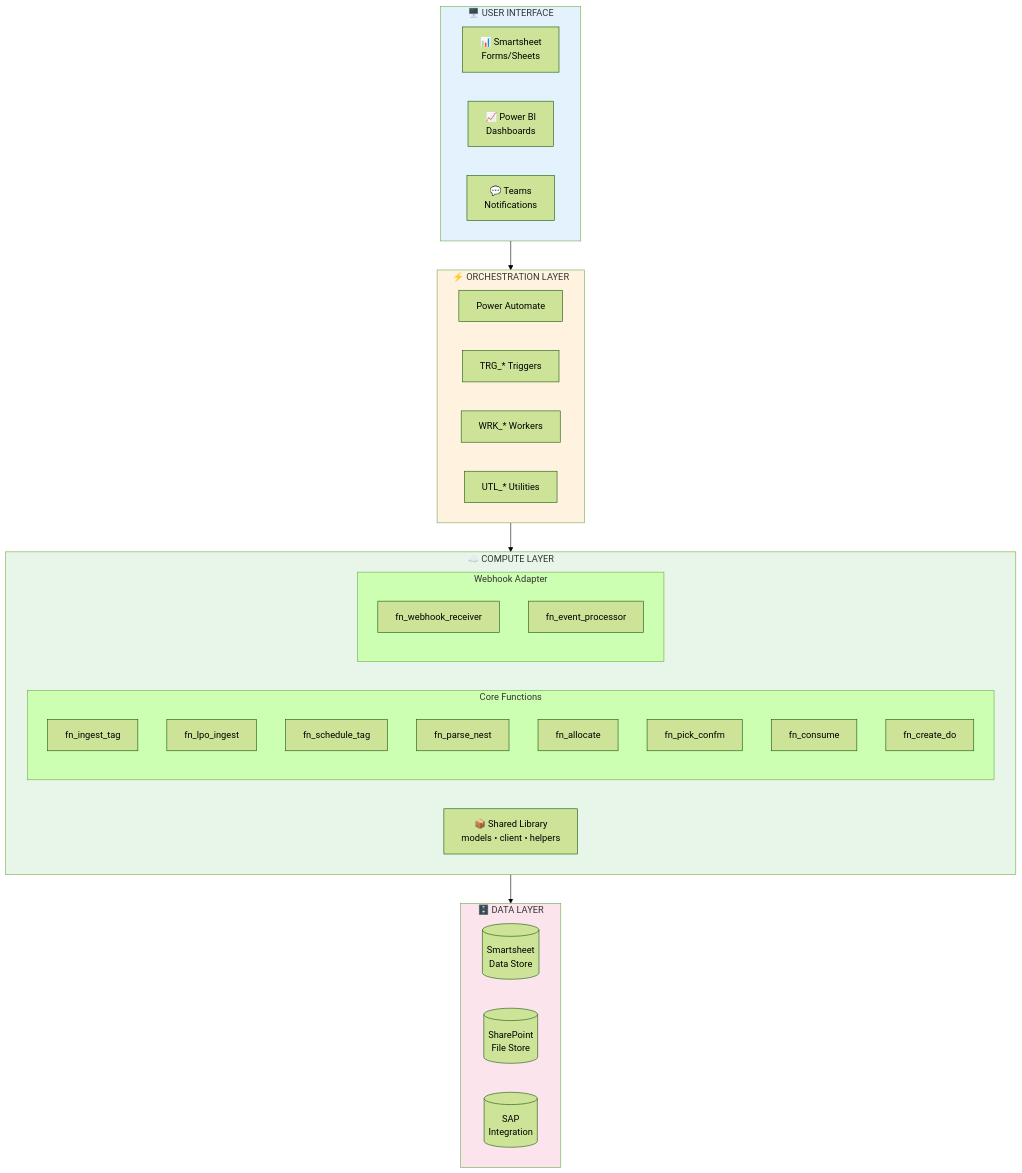
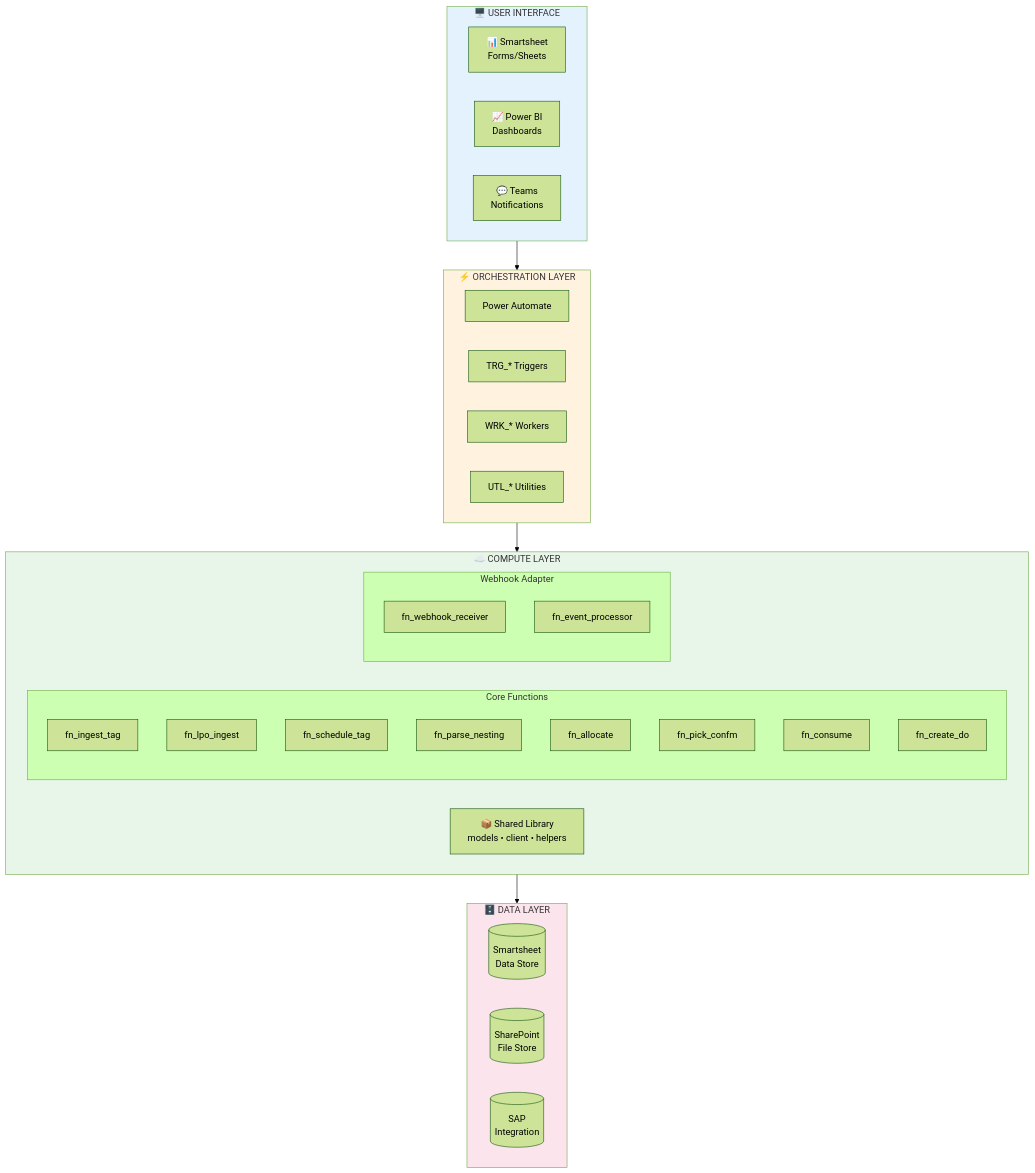
The fifth of 12 diagrams in docs/architecture_overview.md (ahuraira/smartsheet-manufacturing-ops), drawn with Mermaid (forest theme) before and after one commit. The commit also changed 25 other files, not shown here.

````diff
--- a/docs/architecture_overview.md
+++ b/docs/architecture_overview.md
@@ -132,48 +132,48 @@
 ```mermaid
 flowchart TB
     subgraph UI["🖥️ USER INTERFACE"]
         SS[📊 Smartsheet<br/>Forms/Sheets]
         PBI[📈 Power BI<br/>Dashboards]
         Teams[💬 Teams<br/>Notifications]
     end
     
     subgraph Orch["⚡ ORCHESTRATION LAYER"]
         PA[Power Automate]
         TRG["TRG_* Triggers"]
         WRK["WRK_* Workers"]
         UTL["UTL_* Utilities"]
     end
     
     subgraph Compute["☁️ COMPUTE LAYER"]
         subgraph Functions["Core Functions"]
             FN1[fn_ingest_tag]
             FN7[fn_lpo_ingest]
             FN8[fn_schedule_tag]
-            FN2[fn_parse_nest]
+            FN9[fn_parse_nesting]
             FN3[fn_allocate]
             FN4[fn_pick_confm]
             FN5[fn_consume]
             FN6[fn_create_do]
         end
         subgraph Webhooks["Webhook Adapter"]
             WH1[fn_webhook_receiver]
             WH2[fn_event_processor]
         end
         Shared[📦 Shared Library<br/>models • client • helpers]
     end
     
     subgraph Data["🗄️ DATA LAYER"]
         SSData[(Smartsheet<br/>Data Store)]
         SP[(SharePoint<br/>File Store)]
         SAP[(SAP<br/>Integration)]
     end
     
     UI --> Orch
     Orch --> Compute
     Compute --> Data
     
     style UI fill:#E3F2FD
     style Orch fill:#FFF3E0
     style Compute fill:#E8F5E9
     style Data fill:#FCE4EC
 ```
````
